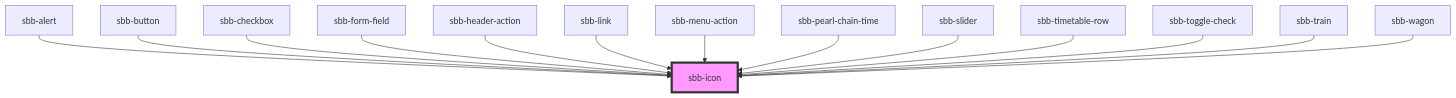
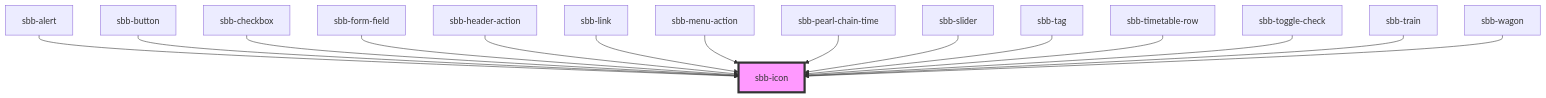
The diagram in src/components/sbb-icon/readme.md (sbb-design-systems/lyne-components), drawn with Mermaid before and after one commit. The commit also changed other lines of this file and 10 other files, not shown here.

````diff
--- a/src/components/sbb-icon/readme.md
+++ b/src/components/sbb-icon/readme.md
@@ -114,17 +115,18 @@
 ```mermaid
 graph TD;
   sbb-alert --> sbb-icon
   sbb-button --> sbb-icon
   sbb-checkbox --> sbb-icon
   sbb-form-field --> sbb-icon
   sbb-header-action --> sbb-icon
   sbb-link --> sbb-icon
   sbb-menu-action --> sbb-icon
   sbb-pearl-chain-time --> sbb-icon
   sbb-slider --> sbb-icon
+  sbb-tag --> sbb-icon
   sbb-timetable-row --> sbb-icon
   sbb-toggle-check --> sbb-icon
   sbb-train --> sbb-icon
   sbb-wagon --> sbb-icon
   style sbb-icon fill:#f9f,stroke:#333,stroke-width:4px
 ```
````
